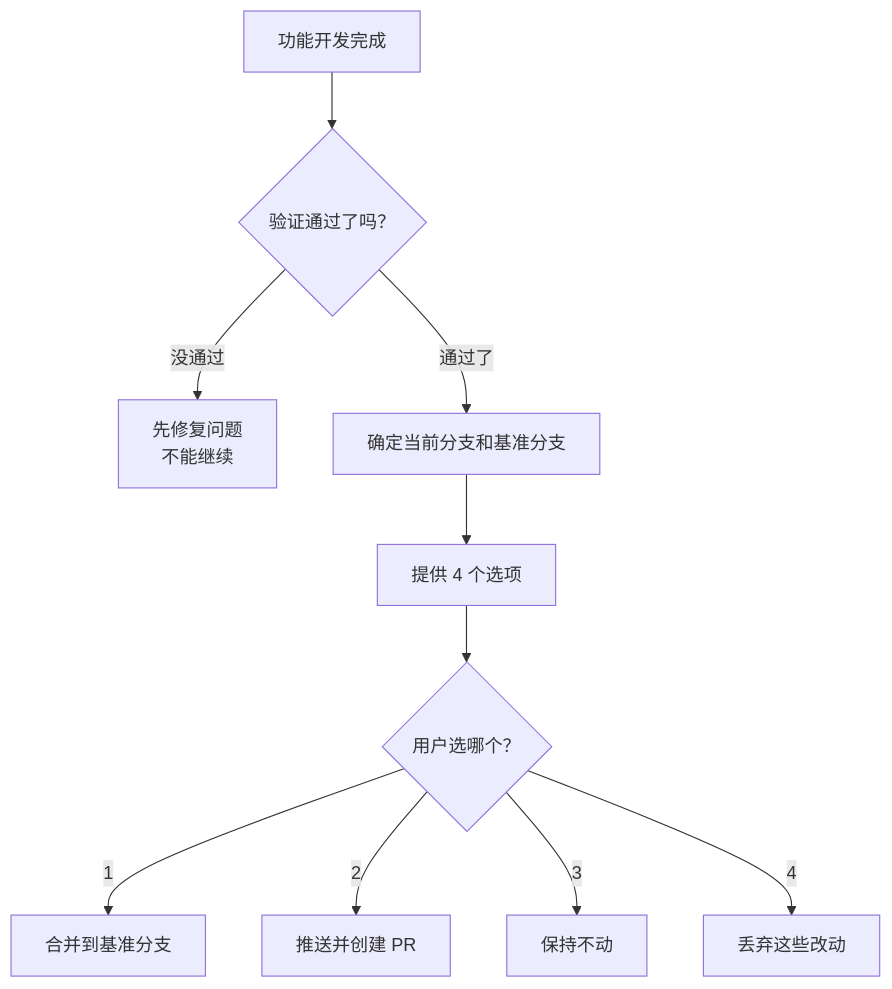
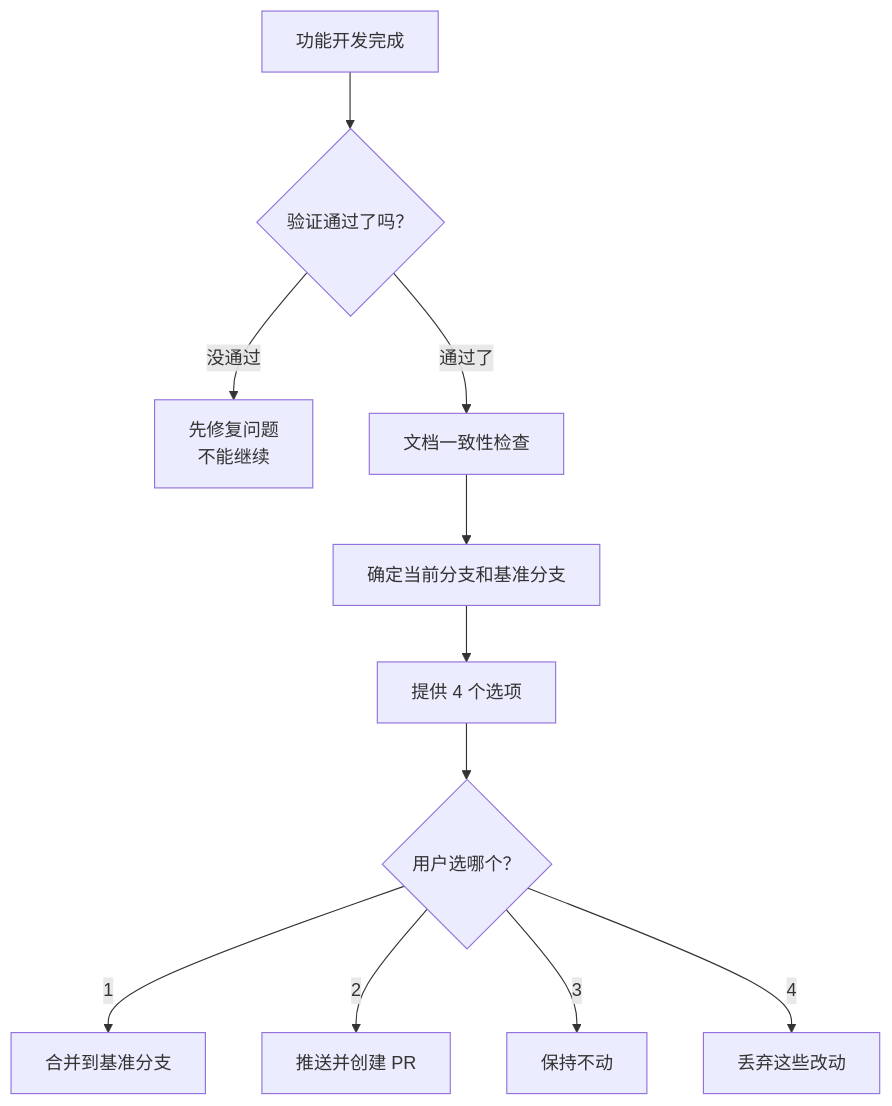
One commit to ddjlxl/Qingtou_V6 changed the diagram in .trae/skills/finishing-a-development-branch/SKILL.md. Above: the diagram before and after it, drawn with Mermaid. The commit also changed other lines of this file and 12 other files, not shown here.

````diff
--- a/.trae/skills/finishing-a-development-branch/SKILL.md
+++ b/.trae/skills/finishing-a-development-branch/SKILL.md
@@ -27,12 +27,13 @@
 ```mermaid
 graph TD
     A[功能开发完成] --> B{验证通过了吗？}
     B -->|没通过| C[先修复问题<br/>不能继续]
-    B -->|通过了| D[确定当前分支和基准分支]
-    D --> E[提供 4 个选项]
-    E --> F{用户选哪个？}
-    F -->|1| G[合并到基准分支]
-    F -->|2| H[推送并创建 PR]
-    F -->|3| I[保持不动]
-    F -->|4| J[丢弃这些改动]
+    B -->|通过了| D[文档一致性检查]
+    D --> E[确定当前分支和基准分支]
+    E --> F[提供 4 个选项]
+    F --> G{用户选哪个？}
+    G -->|1| H[合并到基准分支]
+    G -->|2| I[推送并创建 PR]
+    G -->|3| J[保持不动]
+    G -->|4| K[丢弃这些改动]
 ```
````
